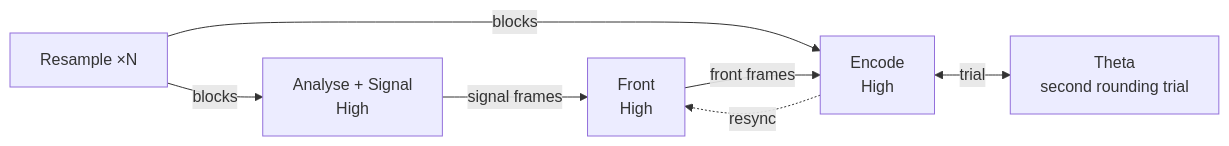
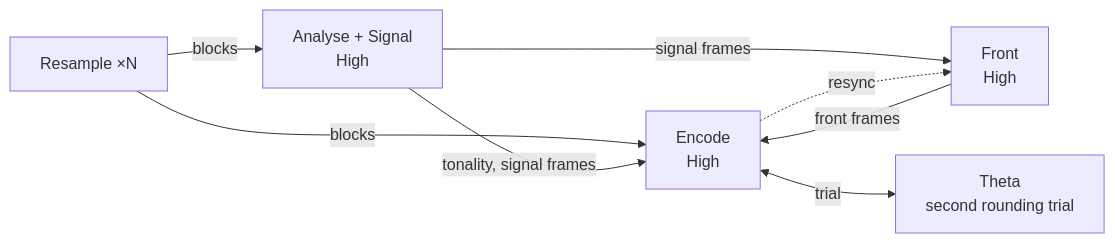
Before and after one commit to ThinkMeta-com/ThinkMeta.ConcurrentTasks.Samples: the diagram in ctOpus/docs/images/step-6-theta.mmd, drawn with Mermaid. The commit also changed 700 other files, not shown here.

```diff
--- a/ctOpus/docs/images/step-6-theta.mmd
+++ b/ctOpus/docs/images/step-6-theta.mmd
@@ -1,7 +1,8 @@
 flowchart LR
     W["Resample ×N"] -- "blocks" --> A["Analyse + Signal<br/>High"]
     W -- "blocks" --> E["Encode<br/>High"]
+    A -- "tonality, signal frames" --> E
     A -- "signal frames" --> F["Front<br/>High"]
     F -- "front frames" --> E
     E -. "resync" .-> F
     E <-- "trial" --> T["Theta<br/>second rounding trial"]
```
